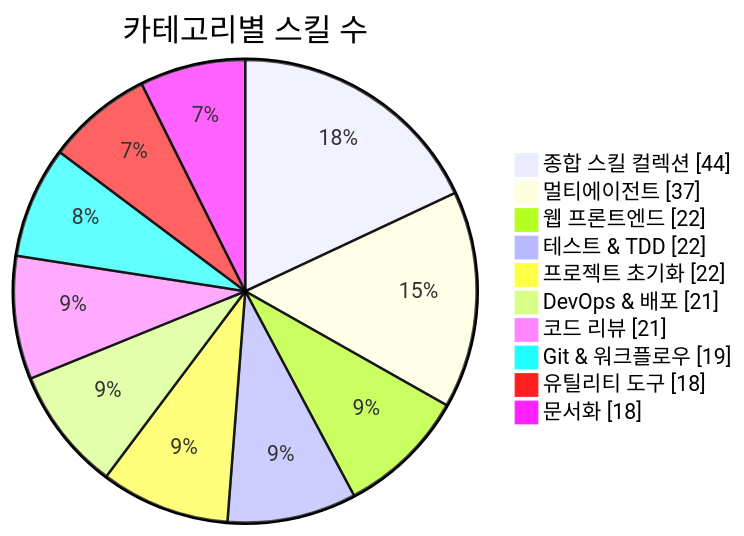
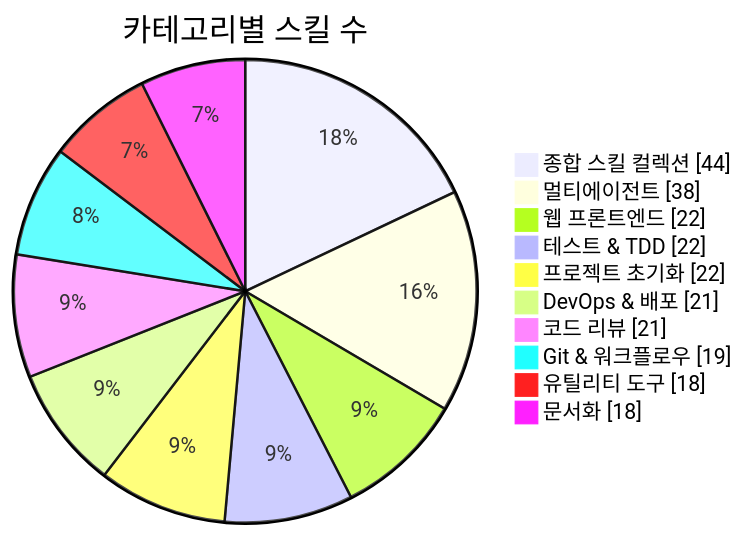
Before and after one commit to J-nowcow/awesome-korean-agent-skills: the first of 3 diagrams in README.md, drawn with Mermaid. The commit also changed other lines of this file and 4 other files, not shown here.

````diff
--- a/README.md
+++ b/README.md
@@ -176,14 +176,14 @@
 ```mermaid
 pie showData
     title 카테고리별 스킬 수
     "종합 스킬 컬렉션" : 44
-    "멀티에이전트" : 37
+    "멀티에이전트" : 38
     "웹 프론트엔드" : 22
     "테스트 & TDD" : 22
     "프로젝트 초기화" : 22
     "DevOps & 배포" : 21
     "코드 리뷰" : 21
     "Git & 워크플로우" : 19
     "유틸리티 도구" : 18
     "문서화" : 18
 ```
````
